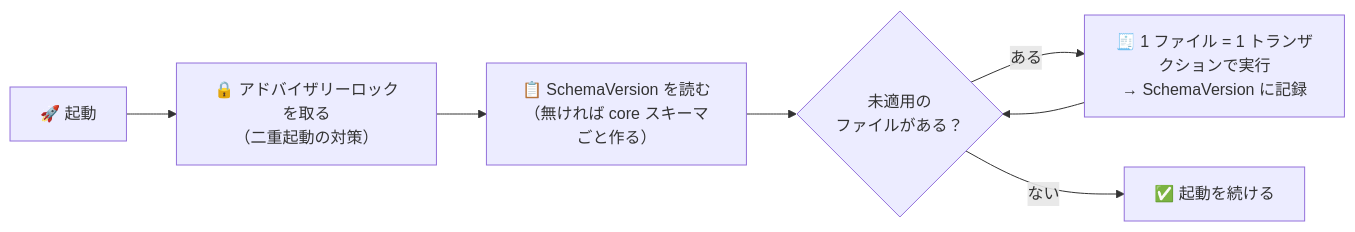
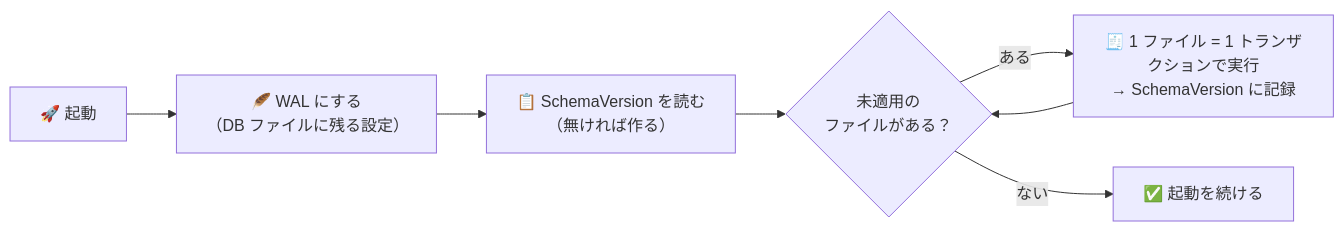
Before and after one commit to usausa/home-manager: the fifth of 5 diagrams in docs/09-db-design.md, drawn with Mermaid. The commit also changed other lines of this file and 61 other files, not shown here.

````diff
--- a/docs/09-db-design.md
+++ b/docs/09-db-design.md
@@ -636,9 +634,9 @@
 ```mermaid
 flowchart LR
-    A["🚀 起動"] --> B["🔒 アドバイザリーロックを取る<br/>（二重起動の対策）"]
-    B --> C["📋 SchemaVersion を読む<br/>（無ければ core スキーマごと作る）"]
+    A["🚀 起動"] --> B["🪶 WAL にする<br/>（DB ファイルに残る設定）"]
+    B --> C["📋 SchemaVersion を読む<br/>（無ければ作る）"]
     C --> D{"未適用の<br/>ファイルがある？"}
     D -->|"ある"| E["🧾 1 ファイル = 1 トランザクションで実行<br/>→ SchemaVersion に記録"]
     E --> D
     D -->|"ない"| F["✅ 起動を続ける"]
 ```
````
